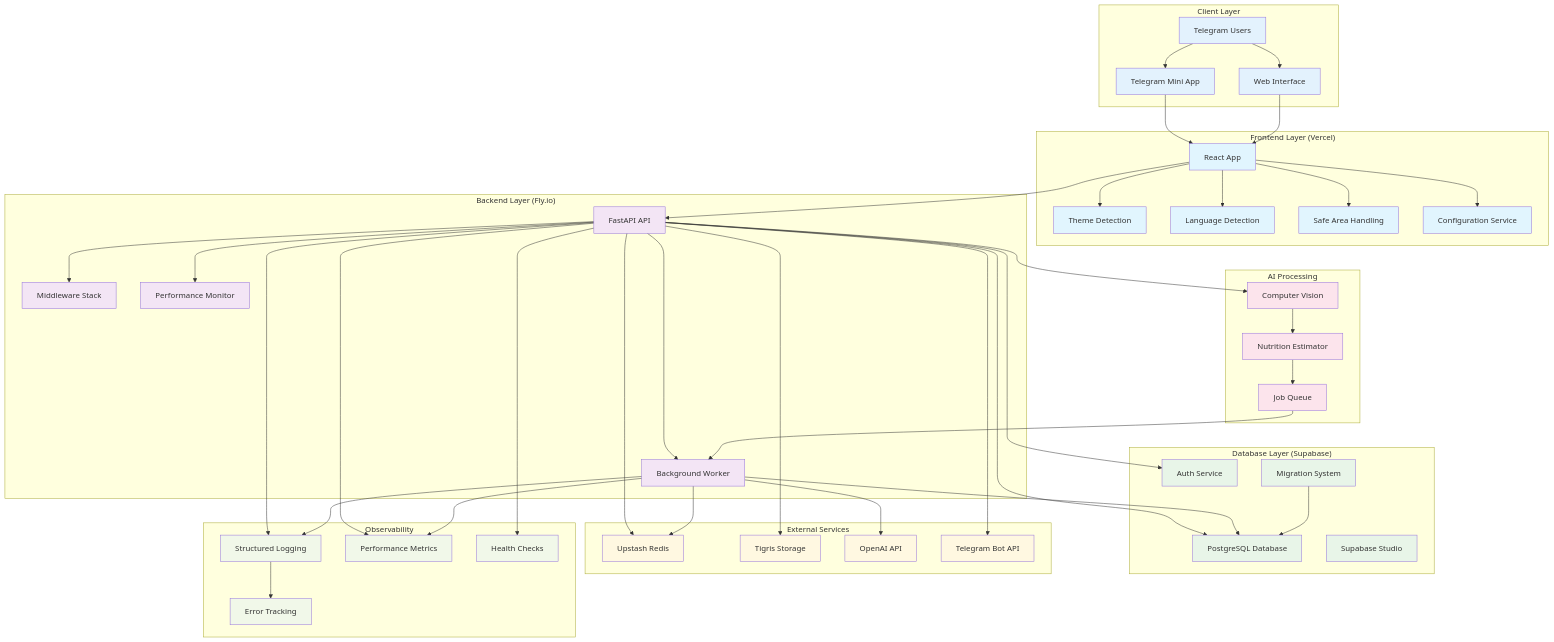
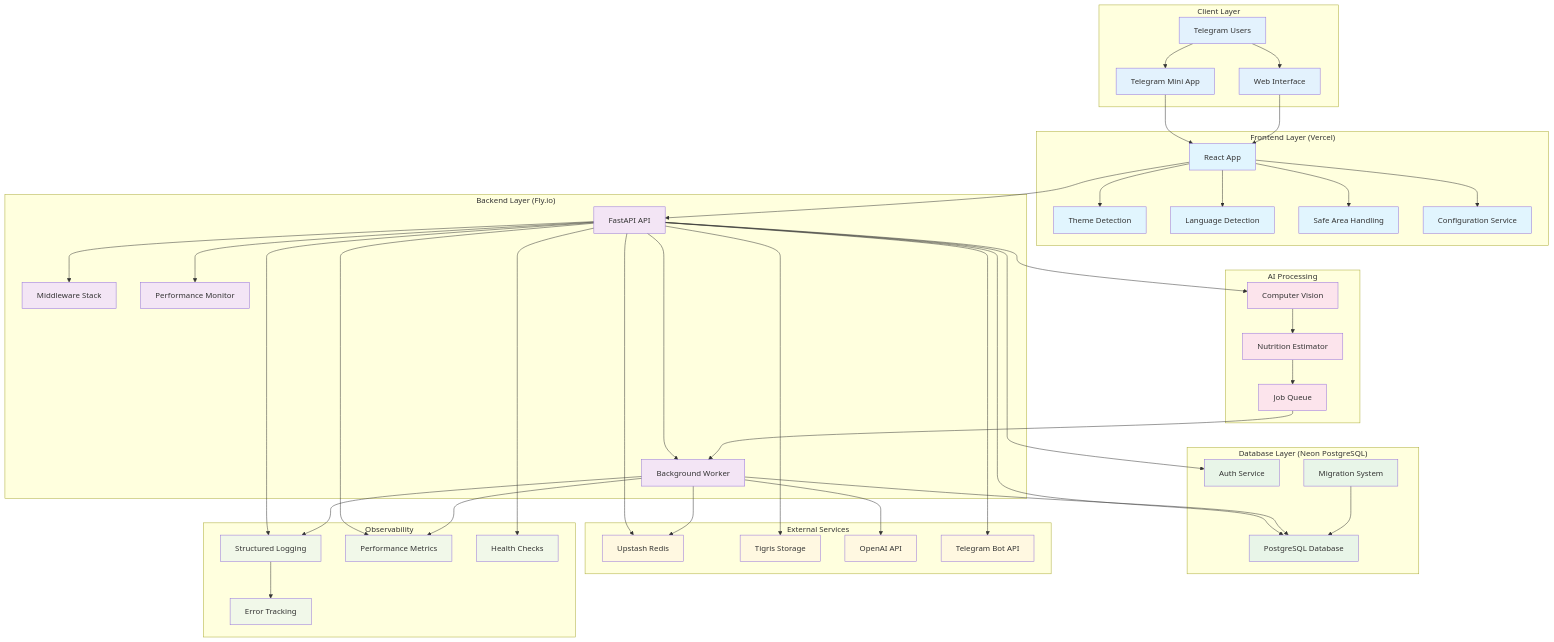
Before and after one commit to gofrolist/calorie-track-ai-bot-api: the first of 14 diagrams in docs/ARCHITECTURE.md, drawn with Mermaid. The commit also changed other lines of this file and 32 other files, not shown here.

```diff
--- a/docs/ARCHITECTURE.md
+++ b/docs/ARCHITECTURE.md
@@ -29,9 +29,8 @@
         MONITOR[Performance Monitor]
     end
 
-    subgraph "Database Layer (Supabase)"
+    subgraph "Database Layer (Neon PostgreSQL)"
         DB[PostgreSQL Database]
-        STUDIO[Supabase Studio]
         AUTH_DB[Auth Service]
         MIGRATIONS[Migration System]
     end
@@ -115,7 +114,7 @@
     class U,TG,WEB client
     class FE,THEME,LANG,SAFE,CONFIG frontend
     class API,WORKER,MIDDLEWARE,MONITOR backend
-    class DB,STUDIO,AUTH_DB,MIGRATIONS database
+    class DB,AUTH_DB,MIGRATIONS database
     class REDIS,S3,OPENAI,BOT_API external
     class CV,ESTIMATOR,QUEUE ai
     class LOGS,METRICS,HEALTH,ALERTS observability
```
